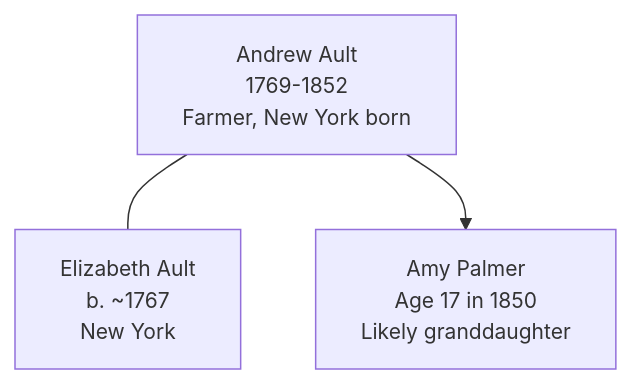
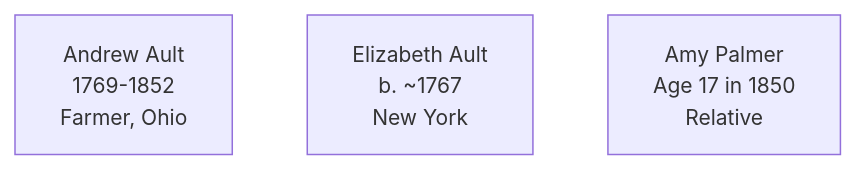
One commit to zcopley/thorpe-family-research changed the diagram in People/Andrew Ault.md. Above: the diagram before and after it, drawn with Mermaid. The commit also changed other lines of this file and 3 other files, not shown here.

First line of the commit message:
Add and enhance Mermaid family diagrams for Ault-Tallman cluster

````diff
--- a/People/Andrew Ault.md
+++ b/People/Andrew Ault.md
@@ -40,10 +40,7 @@
 ```mermaid
 %%{init: {'flowchart': {'htmlLabels': true}, 'theme': 'default', 'themeVariables': {'primaryTextColor': '#000000', 'primaryBorderColor': '#333333', 'lineColor': '#333333', 'fontSize': '14px'}}}%%
 graph TD
-  AA["Andrew Ault<br/>1769-1852<br/>Farmer, New York born"]
+  AA["Andrew Ault<br/>1769-1852<br/>Farmer, Ohio"]
   EA["Elizabeth Ault<br/>b. ~1767<br/>New York"]
-  AP["Amy Palmer<br/>Age 17 in 1850<br/>Likely granddaughter"]
-  
-  AA --- EA
-  AA --> AP
+  AP["Amy Palmer<br/>Age 17 in 1850<br/>Relative"]
 ```
````
